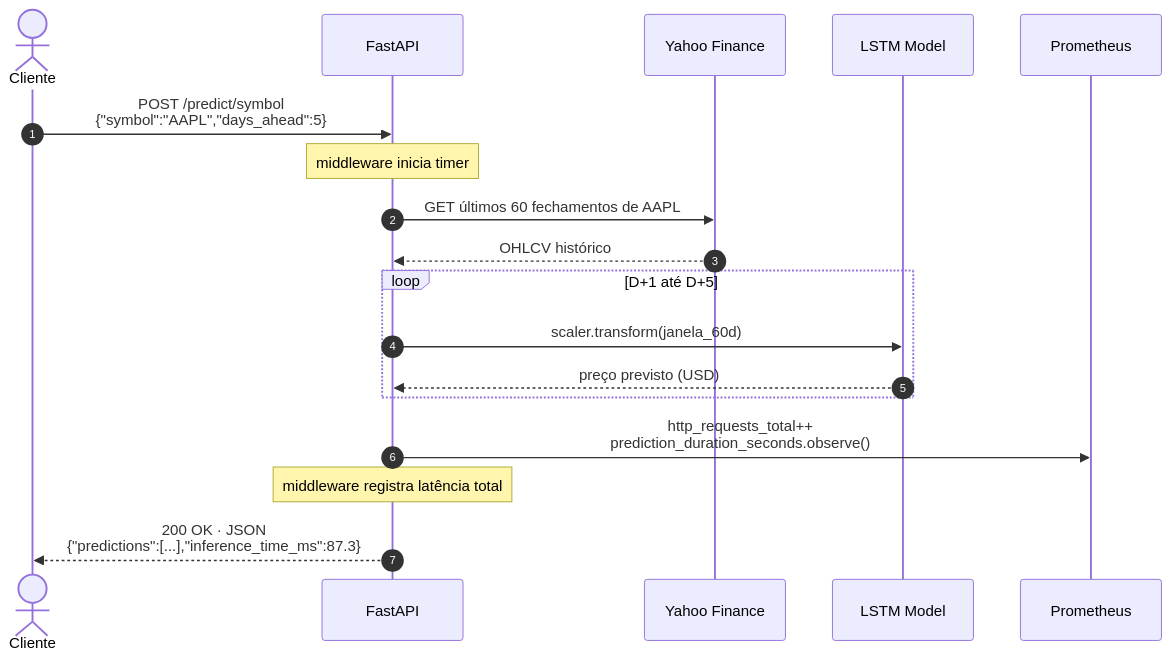
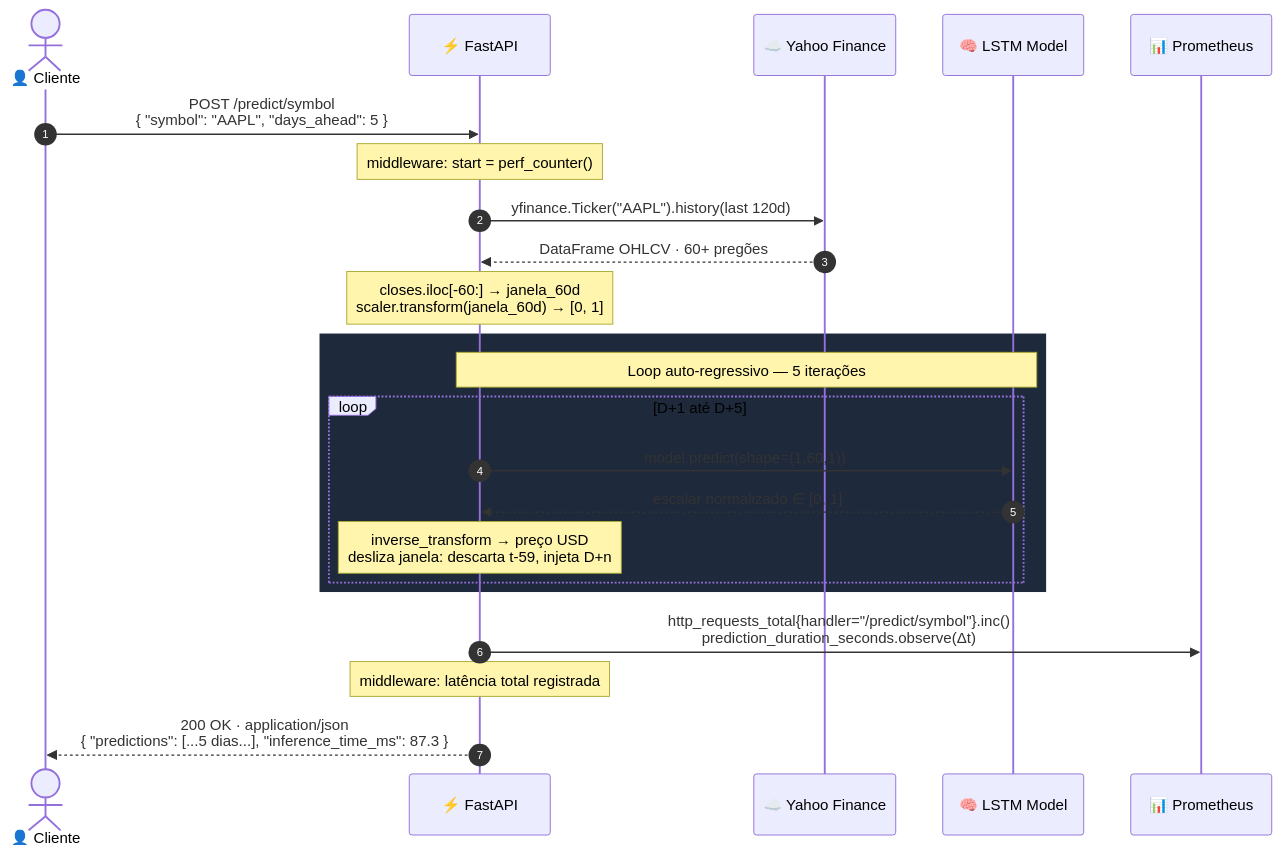
One commit to dionebraga/Pos_Tech_MLET-Fase-4 changed the third of 6 diagrams in README.md. Above: the diagram before and after it, drawn with Mermaid. The commit also changed other lines of this file, not shown here.

First line of the commit message:
README: improve all remaining diagrams visually

````diff
--- a/README.md
+++ b/README.md
@@ -291,25 +291,30 @@
 ```mermaid
 sequenceDiagram
     autonumber
-    actor 👤 as Cliente
-    participant 🚀 as FastAPI
-    participant ☁️ as Yahoo Finance
-    participant 🧠 as LSTM Model
-    participant 📊 as Prometheus
+    actor U as 👤 Cliente
+    participant A as ⚡ FastAPI
+    participant Y as ☁️ Yahoo Finance
+    participant M as 🧠 LSTM Model
+    participant P as 📊 Prometheus
 
-    👤 ->> 🚀 : POST /predict/symbol<br/>{"symbol":"AAPL","days_ahead":5}
-    Note over 🚀: middleware inicia timer
+    U  ->>  A : POST /predict/symbol<br/>{ "symbol": "AAPL", "days_ahead": 5 }
+    Note over A: middleware: start = perf_counter()
 
-    🚀 ->> ☁️ : GET últimos 60 fechamentos de AAPL
-    ☁️ -->> 🚀 : OHLCV histórico
+    A  ->>  Y : yfinance.Ticker("AAPL").history(last 120d)
+    Y -->>  A : DataFrame OHLCV · 60+ pregões
+    Note over A: closes.iloc[-60:] → janela_60d<br/>scaler.transform(janela_60d) → [0, 1]
 
-    loop D+1 até D+5
-        🚀 ->> 🧠 : scaler.transform(janela_60d)
-        🧠 -->> 🚀 : preço previsto (USD)
+    rect rgb(30, 41, 59)
+        Note over A, M: Loop auto-regressivo — 5 iterações
+        loop D+1 até D+5
+            A  ->>  M : model.predict(shape=(1,60,1))
+            M -->>  A : escalar normalizado ∈ [0, 1]
+            Note over A: inverse_transform → preço USD<br/>desliza janela: descarta t-59, injeta D+n
+        end
     end
 
-    🚀 ->> 📊 : http_requests_total++<br/>prediction_duration_seconds.observe()
-    Note over 🚀: middleware registra latência total
+    A  ->>  P : http_requests_total{handler="/predict/symbol"}.inc()<br/>prediction_duration_seconds.observe(Δt)
+    Note over A: middleware: latência total registrada
 
-    🚀 -->> 👤 : 200 OK · JSON<br/>{"predictions":[...],"inference_time_ms":87.3}
+    A -->>  U : 200 OK · application/json<br/>{ "predictions": [...5 dias...], "inference_time_ms": 87.3 }
 ```
````
